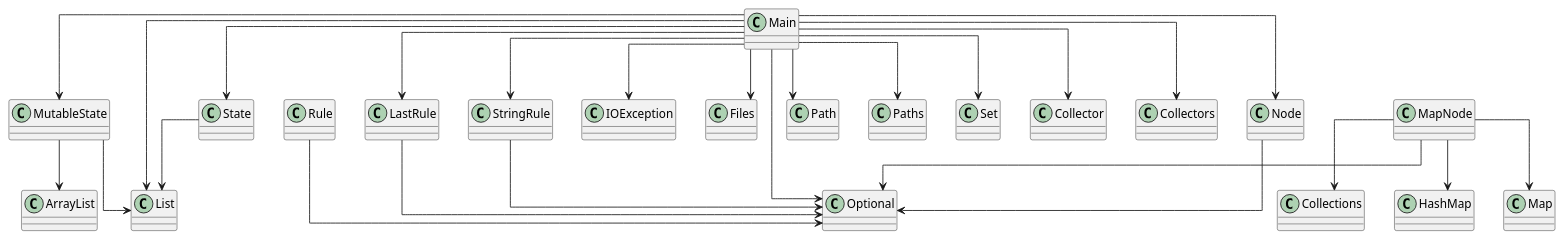
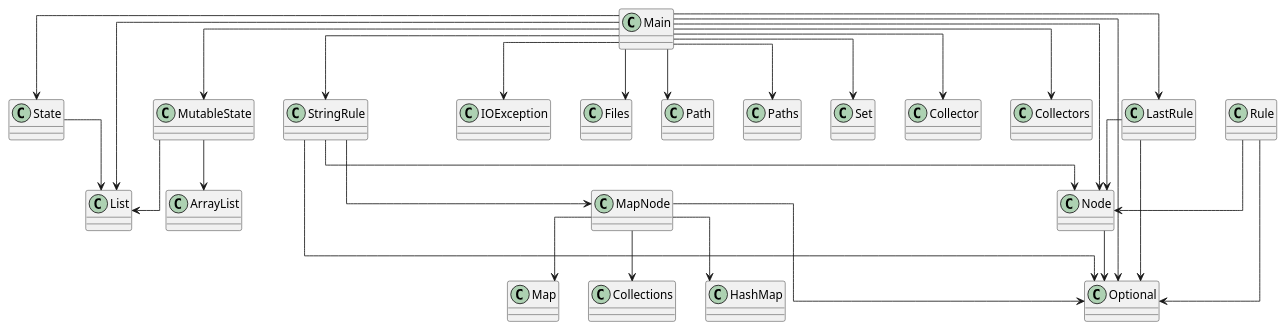
One commit to SirMathhman/Magma changed the diagram in diagram.puml. Above: the diagram before and after it, drawn with PlantUML. The commit also changed 6 other files, not shown here.

```diff
--- a/diagram.puml
+++ b/diagram.puml
@@ -1,37 +1,41 @@
 @startuml
 skinparam linetype ortho
-class Node
-Node --> Optional
 class MutableState
 MutableState --> ArrayList
 MutableState --> List
+class Node
+Node --> Optional
 class Rule
+Rule --> Node
 Rule --> Optional
 class Main
 Main --> LastRule
 Main --> MutableState
 Main --> Node
 Main --> State
 Main --> StringRule
 Main --> IOException
 Main --> Files
 Main --> Path
 Main --> Paths
 Main --> List
 Main --> Optional
 Main --> Set
 Main --> Collector
 Main --> Collectors
-class StringRule
-StringRule --> Optional
-class LastRule
-LastRule --> Optional
 class MapNode
 MapNode --> Collections
 MapNode --> HashMap
 MapNode --> Map
 MapNode --> Optional
+class StringRule
+StringRule --> MapNode
+StringRule --> Node
+StringRule --> Optional
+class LastRule
+LastRule --> Node
+LastRule --> Optional
 class State
 State --> List
 
 @enduml
```
